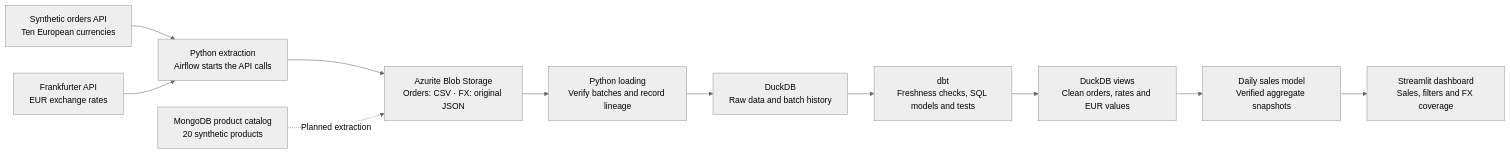
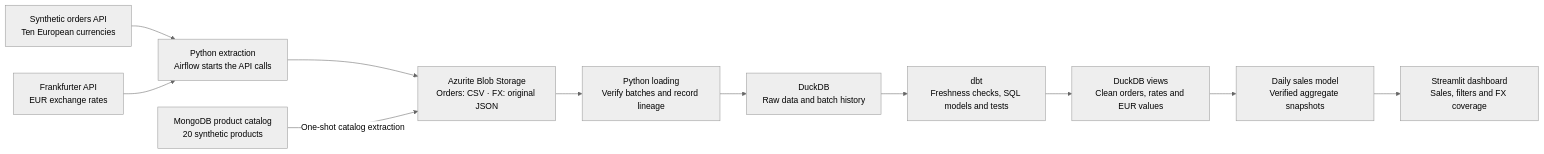
One commit to ungvari-tomi/tomi-platform changed the first of 3 diagrams in README.md. Above: the diagram before and after it, drawn with Mermaid (neutral theme). The commit also changed other lines of this file and 18 other files, not shown here.

Commit message:
Add verified MongoDB catalog extraction to Azurite

````diff
--- a/README.md
+++ b/README.md
@@ -16,20 +16,20 @@
 ```mermaid
 flowchart LR
     Orders["Synthetic orders API<br/>Ten European currencies"]
     FX["Frankfurter API<br/>EUR exchange rates"]
     Extract["Python extraction<br/>Airflow starts the API calls"]
     Blob["Azurite Blob Storage<br/>Orders: CSV · FX: original JSON"]
     Load["Python loading<br/>Verify batches and record lineage"]
     Raw["DuckDB<br/>Raw data and batch history"]
     Dbt["dbt<br/>Freshness checks, SQL models and tests"]
     Analytics["DuckDB views<br/>Clean orders, rates and EUR values"]
     Reporting["Daily sales model<br/>Verified aggregate snapshots"]
     Dashboard["Streamlit dashboard<br/>Sales, filters and FX coverage"]
     Catalog["MongoDB product catalog<br/>20 synthetic products"]
 
     Orders --> Extract
     FX --> Extract
     Extract --> Blob --> Load --> Raw --> Dbt --> Analytics
     Analytics --> Reporting --> Dashboard
-    Catalog -.->|Planned extraction| Blob
+    Catalog -->|One-shot catalog extraction| Blob
 ```
````
